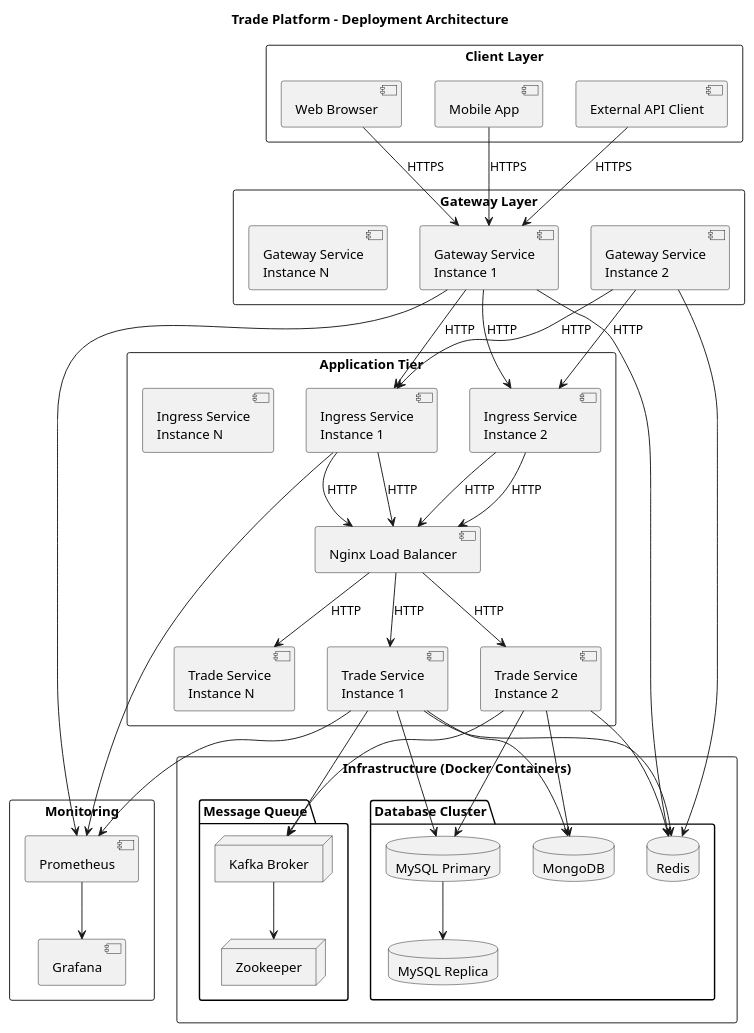
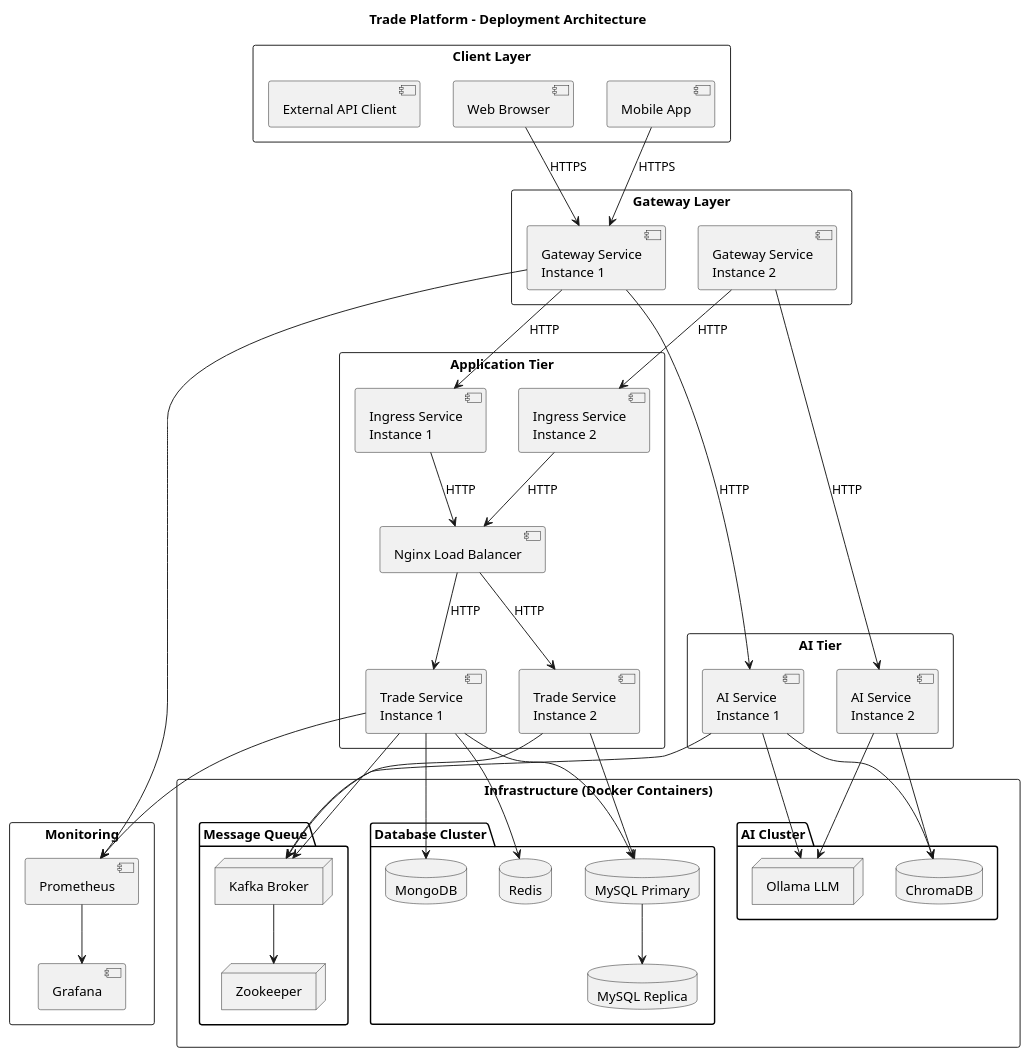
The diagram in backend/diagrams/deployment-diagram.puml (mukizonese/trade-platform), drawn with PlantUML before and after one commit. The commit also changed 28 other files, not shown here.

Commit message:
PlantUML updated for AI. CircuitBreaker Live Test added.

```diff
--- a/backend/diagrams/deployment-diagram.puml
+++ b/backend/diagrams/deployment-diagram.puml
@@ -1,85 +1,89 @@
 @startuml
 title Trade Platform - Deployment Architecture
 
 rectangle "Client Layer" {
   [Web Browser] as Browser
   [Mobile App] as Mobile
   [External API Client] as APIClient
 }
 
 rectangle "Gateway Layer" {
   [Gateway Service\nInstance 1] as Gateway1
   [Gateway Service\nInstance 2] as Gateway2
-  [Gateway Service\nInstance N] as GatewayN
 }
 
 rectangle "Application Tier" {
   [Ingress Service\nInstance 1] as Ingress1
   [Ingress Service\nInstance 2] as Ingress2
-  [Ingress Service\nInstance N] as IngressN
   
   [Nginx Load Balancer] as Nginx
   
   [Trade Service\nInstance 1] as Trade1
   [Trade Service\nInstance 2] as Trade2
-  [Trade Service\nInstance N] as TradeN
+}
+
+rectangle "AI Tier" {
+  [AI Service\nInstance 1] as AI1
+  [AI Service\nInstance 2] as AI2
 }
 
 rectangle "Infrastructure (Docker Containers)" {
   package "Database Cluster" {
     database "MySQL Primary" as MySQLPrimary
     database "MySQL Replica" as MySQLReplica
     database "MongoDB" as MongoDB
     database "Redis" as Redis
   }
   package "Message Queue" {
     node "Kafka Broker" as Kafka
     node "Zookeeper" as Zookeeper
   }
+
+  package "AI Cluster" {
+    database "ChromaDB" as ChromaDB
+    node "Ollama LLM" as Ollama
+  }
 }
 
 rectangle "Monitoring" {
   [Prometheus] as Prometheus
   [Grafana] as Grafana
 }
 
 Browser --> Gateway1 : HTTPS
 Mobile --> Gateway1 : HTTPS
-APIClient --> Gateway1 : HTTPS
 
 Gateway1 --> Ingress1 : HTTP
-Gateway1 --> Ingress2 : HTTP
-Gateway2 --> Ingress1 : HTTP
+Gateway1 --> AI1 : HTTP
 Gateway2 --> Ingress2 : HTTP
+Gateway2 --> AI2 : HTTP
 
 Ingress1 --> Nginx : HTTP
-Ingress1 --> Nginx : HTTP
-Ingress2 --> Nginx : HTTP
 Ingress2 --> Nginx : HTTP
 
 Nginx --> Trade1 : HTTP
 Nginx --> Trade2 : HTTP
-Nginx --> TradeN : HTTP
 
 Trade1 --> MySQLPrimary
 Trade1 --> MongoDB
 Trade1 --> Redis
 Trade1 --> Kafka
 
 Trade2 --> MySQLPrimary
-Trade2 --> MongoDB
-Trade2 --> Redis
 Trade2 --> Kafka
 
-Gateway1 --> Redis
-Gateway2 --> Redis
+AI1 --> ChromaDB
+AI1 --> Ollama
+AI1 --> Kafka
+
+AI2 --> ChromaDB
+AI2 --> Ollama
 
 Kafka --> Zookeeper
 MySQLPrimary --> MySQLReplica
 
 Gateway1 --> Prometheus
-Ingress1 --> Prometheus
 Trade1 --> Prometheus
 Prometheus --> Grafana
 
 @enduml
```
